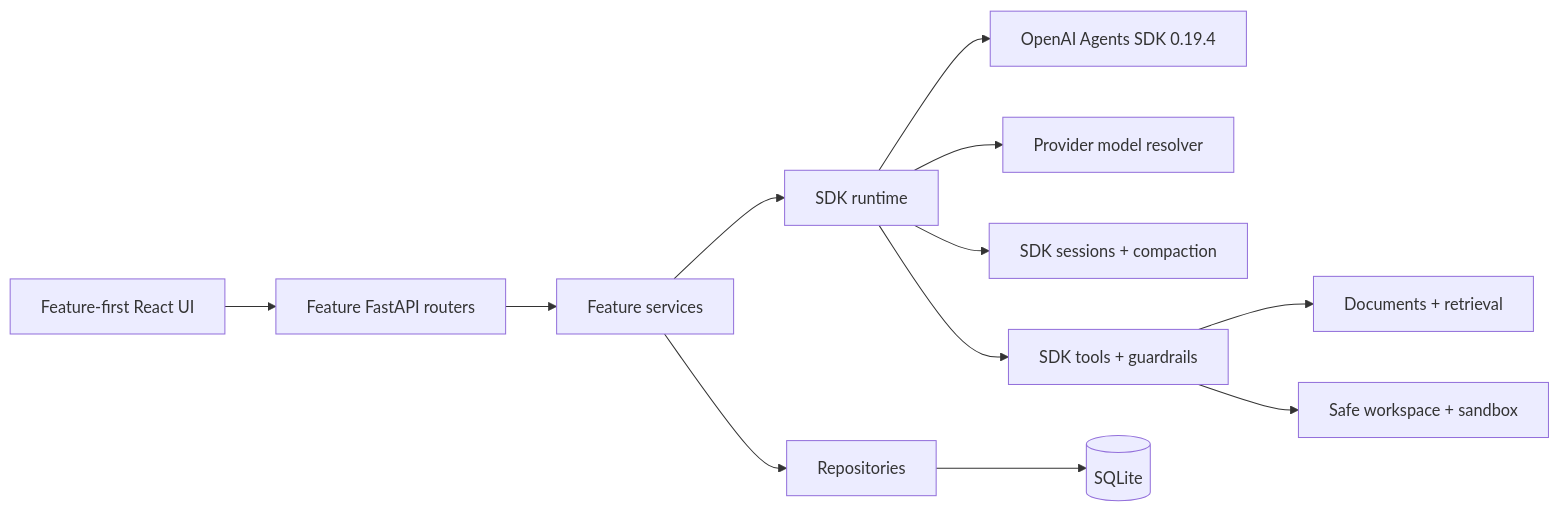
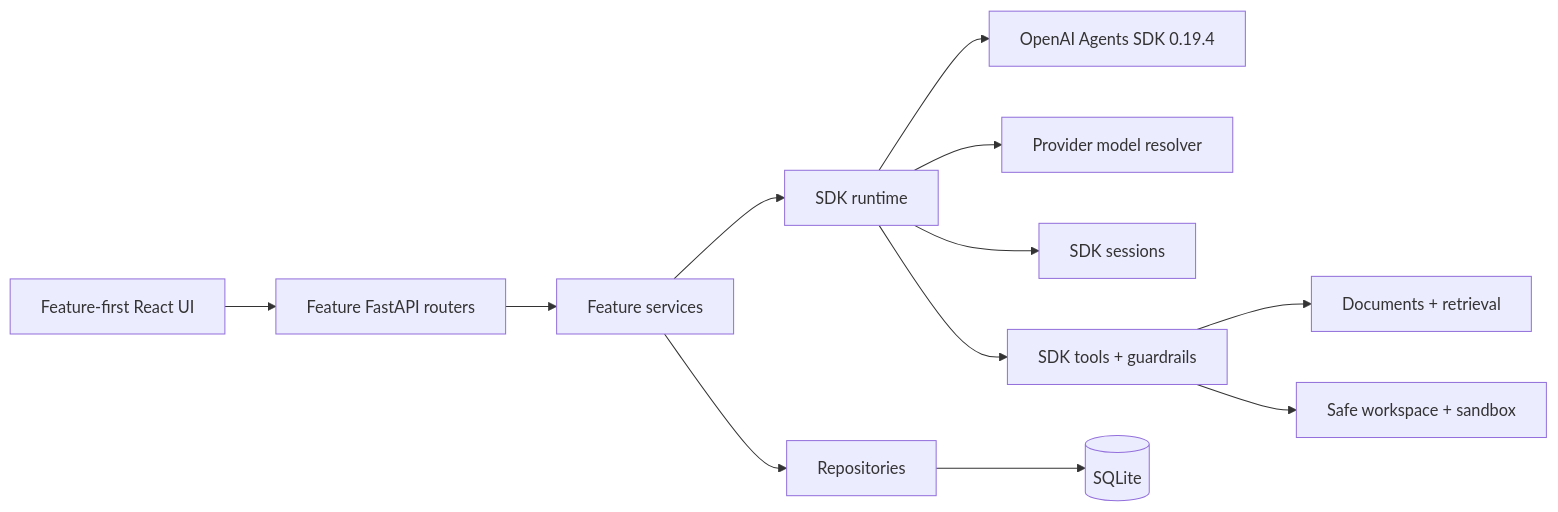
One commit to giridharmunagala/scholarweave changed the diagram in README.md. Above: the diagram before and after it, drawn with Mermaid. The commit also changed other lines of this file and 113 other files, not shown here.

````diff
--- a/README.md
+++ b/README.md
@@ -54,14 +48,14 @@
 ```mermaid
 flowchart LR
     UI["Feature-first React UI"] --> API["Feature FastAPI routers"]
     API --> SERVICES["Feature services"]
     SERVICES --> REPOS["Repositories"]
     SERVICES --> RUNTIME["SDK runtime"]
     RUNTIME --> SDK["OpenAI Agents SDK 0.19.4"]
     RUNTIME --> PROVIDERS["Provider model resolver"]
-    RUNTIME --> SESSIONS["SDK sessions + compaction"]
+    RUNTIME --> SESSIONS["SDK sessions"]
     RUNTIME --> TOOLS["SDK tools + guardrails"]
     REPOS --> DB[("SQLite")]
     TOOLS --> DOCS["Documents + retrieval"]
     TOOLS --> WORKSPACE["Safe workspace + sandbox"]
 ```
````
